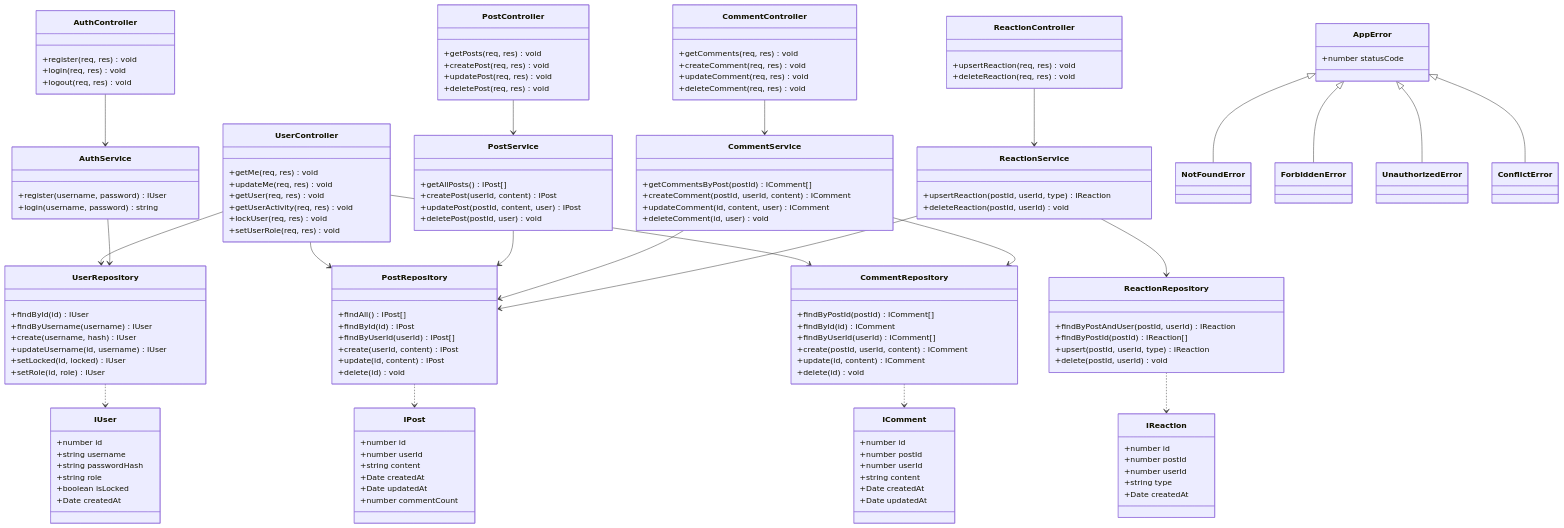
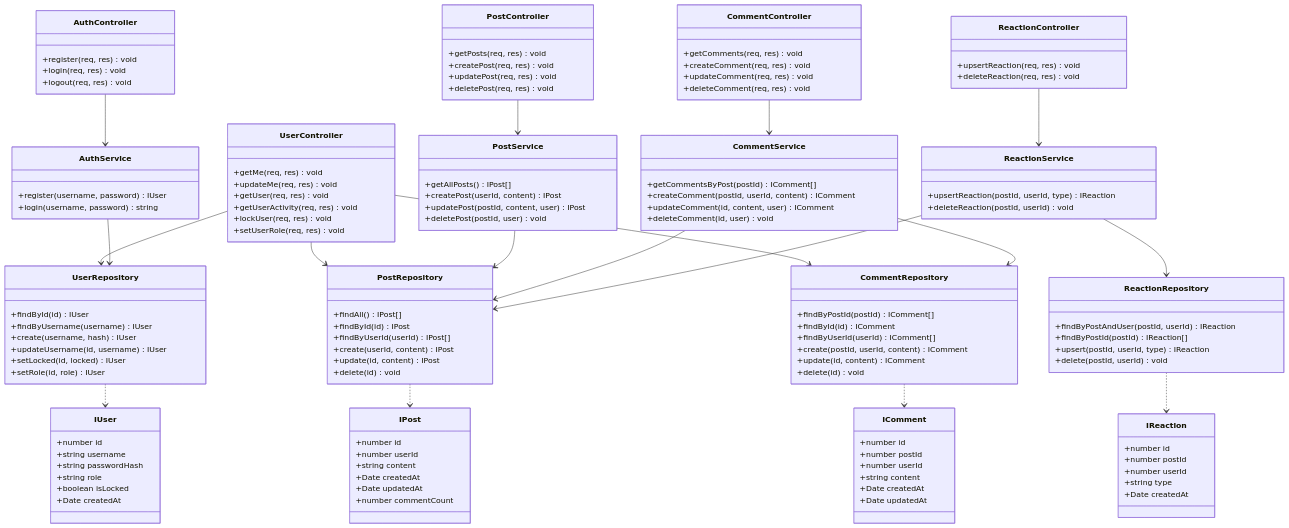
Before and after one commit to BitSparkCode/MiniTwitter: the diagram in ARCHITECTURE.md, drawn with Mermaid.

```diff
--- a/ARCHITECTURE.md
+++ b/ARCHITECTURE.md
@@ -137,20 +137,6 @@
         +setUserRole(req, res) void
     }
 
-    %% ── Errors ───────────────────────────────────────────────
-    class AppError {
-        +number statusCode
-    }
-    class NotFoundError
-    class ForbiddenError
-    class UnauthorizedError
-    class ConflictError
-
-    AppError <|-- NotFoundError
-    AppError <|-- ForbiddenError
-    AppError <|-- UnauthorizedError
-    AppError <|-- ConflictError
-
     %% ── Dependencies ─────────────────────────────────────────
     AuthController --> AuthService
     PostController --> PostService
```
